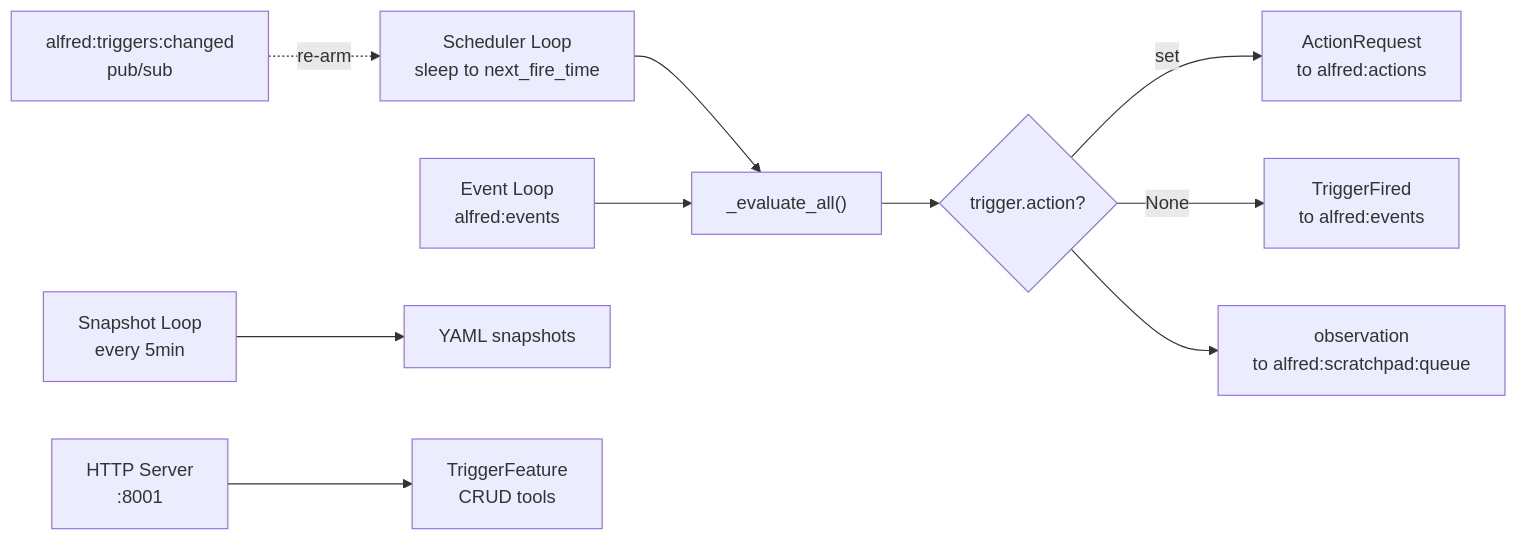
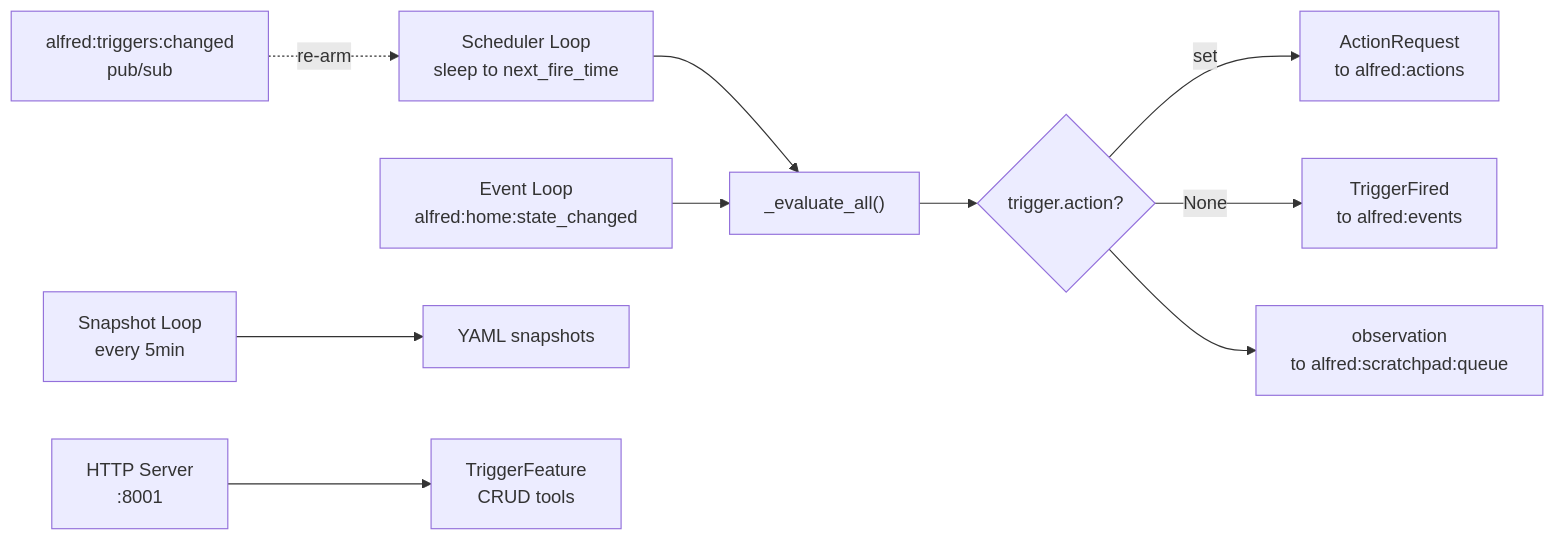
The second of 5 diagrams in docs/trigger-engine.md (anirudhlath/alfred), drawn with Mermaid before and after one commit. The commit also changed other lines of this file and 13 other files, not shown here.

First line of the commit message:
refactor: architect review fixes — sync op constants, domain-owned tz persistence, doc corrections

````diff
--- a/docs/trigger-engine.md
+++ b/docs/trigger-engine.md
@@ -81,12 +82,12 @@
 ```mermaid
 graph LR
     Sched["Scheduler Loop<br/>sleep to next_fire_time"] --> Eval["_evaluate_all()"]
     Channel["alfred:triggers:changed<br/>pub/sub"] -.->|re-arm| Sched
-    Event["Event Loop<br/>alfred:events"] --> Eval
+    Event["Event Loop<br/>alfred:home:state_changed"] --> Eval
     Eval --> Fire{trigger.action?}
     Fire -->|set| AR["ActionRequest<br/>to alfred:actions"]
     Fire -->|None| TF["TriggerFired<br/>to alfred:events"]
     Fire --> SP["observation<br/>to alfred:scratchpad:queue"]
     Snap["Snapshot Loop<br/>every 5min"] --> Disk["YAML snapshots"]
     HTTP["HTTP Server<br/>:8001"] --> CRUD["TriggerFeature<br/>CRUD tools"]
 ```
````
